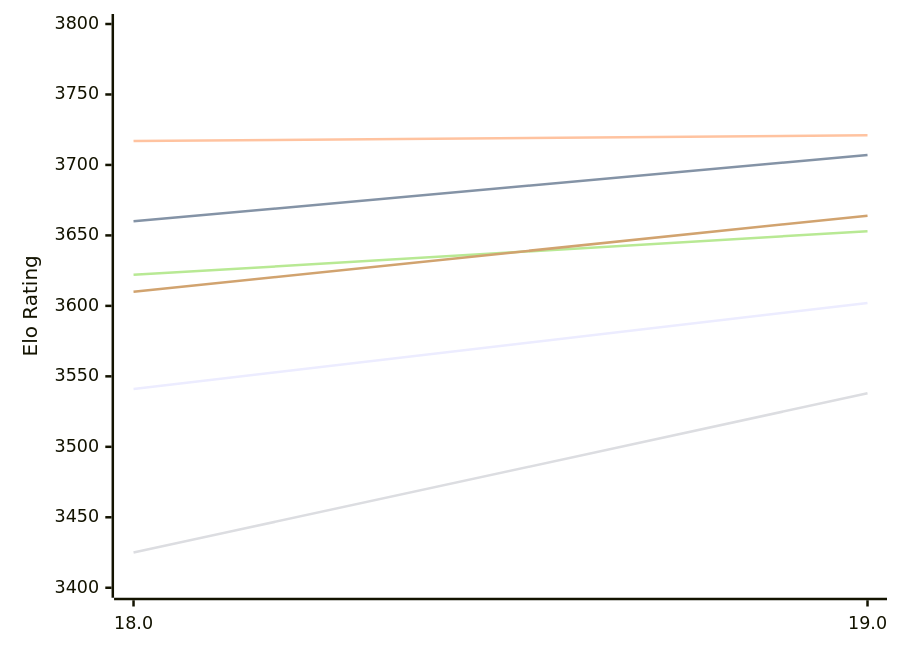
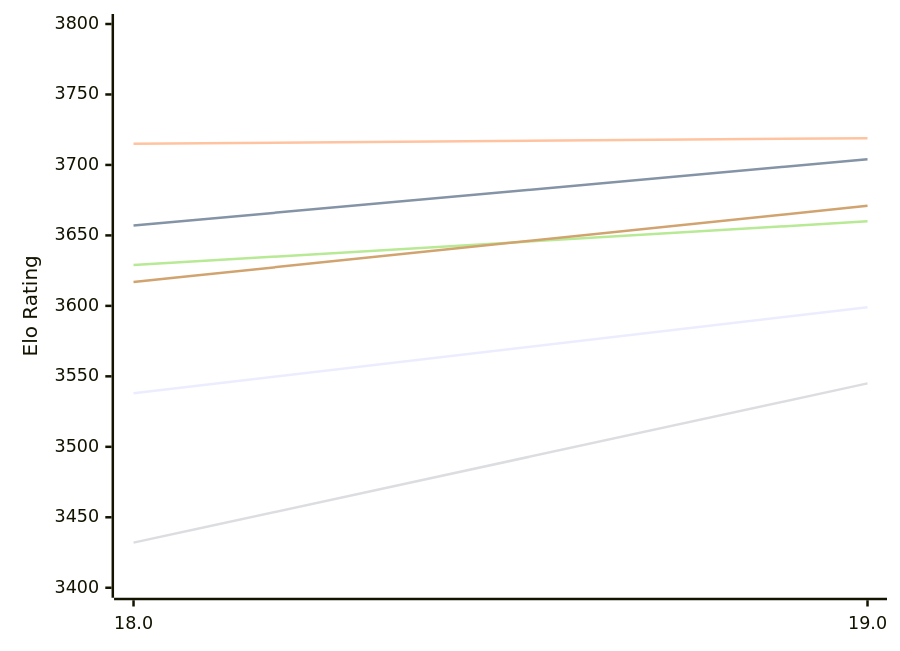
One commit to computer-chess-index/cci changed the first of 2 diagrams in engines/Stockfish.md. Above: the diagram before and after it, drawn with Mermaid. The commit also changed other lines of this file, not shown here.

Commit message:
Update CCI Ratings (ELO VLTC) - 2026-11-23

````diff
--- a/engines/Stockfish.md
+++ b/engines/Stockfish.md
@@ -64,12 +64,12 @@
 ```mermaid
 %%{init: {"theme":"base","themeVariables":{"seriesColors:['#a3a3a3','#222221','#faa371']}}}%%
 xychart-beta
   x-axis ["18.0", "19.0"]
   y-axis "Elo Rating" 3400 --> 3800
-  line "E1: STC (8.0+0.08s)" [3541, 3602]
-  line "E1: LTC (60.0+0.60s)" [3660, 3707]
-  line "E1: VLTC (2m24s+1.12s)" [3717, 3721]
-  line "P1: STC (8.0+0.08s)" [3425, 3538]
-  line "P1: LTC (60.0+0.60s)" [3622, 3653]
-  line "P1: VLTC (2m24s+1.12s)" [3610, 3664]
+  line "E1: STC (8.0+0.08s)" [3538, 3599]
+  line "E1: LTC (60.0+0.60s)" [3657, 3704]
+  line "E1: VLTC (2m24s+1.12s)" [3715, 3719]
+  line "P1: STC (8.0+0.08s)" [3432, 3545]
+  line "P1: LTC (60.0+0.60s)" [3629, 3660]
+  line "P1: VLTC (2m24s+1.12s)" [3617, 3671]
 ```
````
